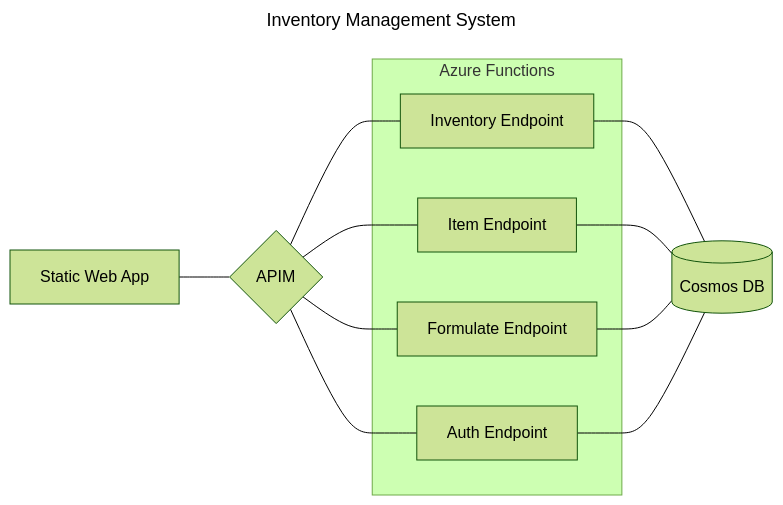
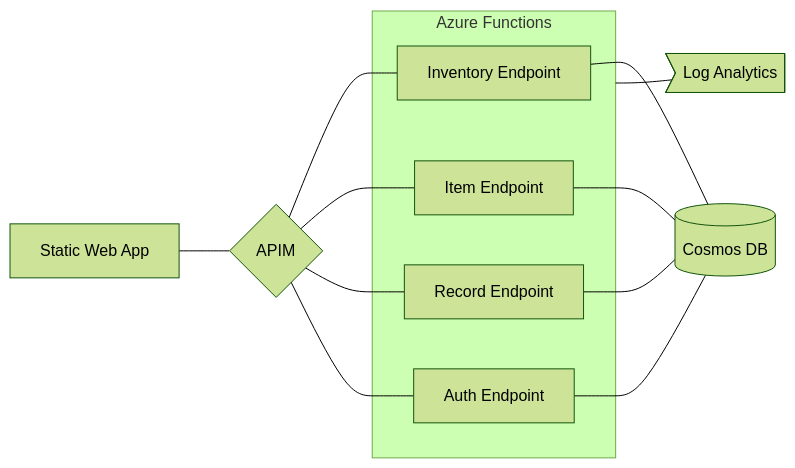
One commit to AndrewKorchemniy/Inventory-Management-System changed the diagram in docs/cloud-schema.md. Above: the diagram before and after it, drawn with Mermaid (forest theme). The commit also changed other lines of this file and 3 other files, not shown here.

````diff
--- a/docs/cloud-schema.md
+++ b/docs/cloud-schema.md
@@ -1,15 +2,13 @@
 ```mermaid
----
-title: Inventory Management System
----
 graph LR;
     frontend[Static Web App] --- apim{APIM}
-    apim --- api_inventory & api_item & api_formulate & api_auth
+    apim --- api_inventory & api_item & api_record & api_auth
     subgraph functions[Azure Functions]
         api_inventory[Inventory Endpoint]
         api_item[Item Endpoint]
-        api_formulate[Formulate Endpoint]
+        api_record[Record Endpoint]
         api_auth[Auth Endpoint]
     end
-    api_inventory & api_item & api_formulate & api_auth --- cosmosdb[(Cosmos DB)]
+    api_inventory & api_item & api_record & api_auth --- cosmosdb[(Cosmos DB)]
+    functions ---  logs>Log Analytics]
 ```
````
